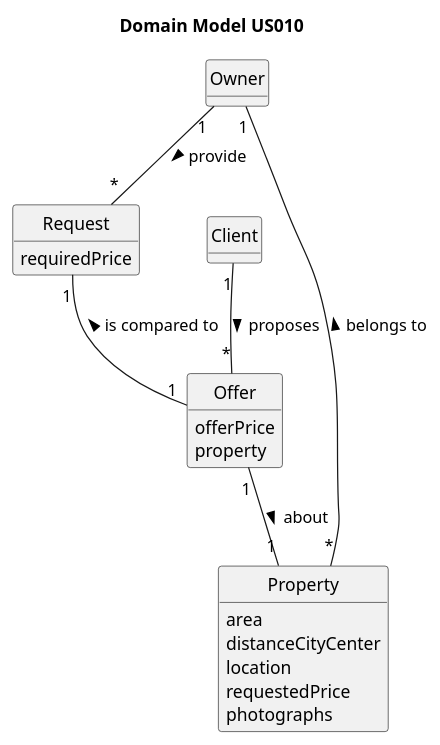
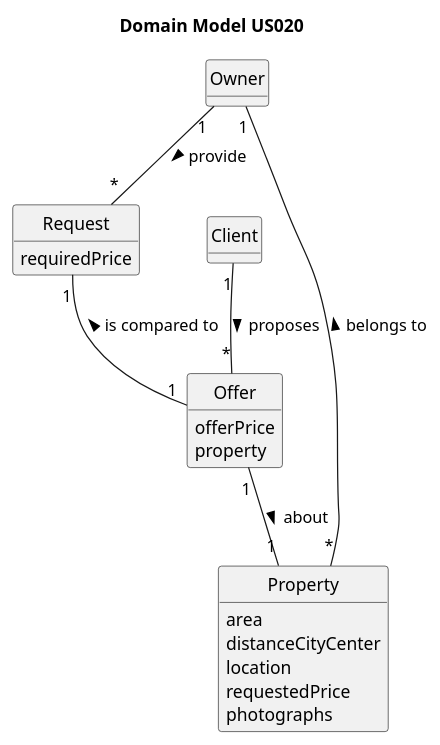
Before and after one commit to 1220812/LAPR2: the diagram in docs/sprintD/us020/02.analysis/puml/us020-domain-model.puml, drawn with PlantUML. The commit also changed 11 other files, not shown here.

```diff
--- a/docs/sprintD/us020/02.analysis/puml/us020-domain-model.puml
+++ b/docs/sprintD/us020/02.analysis/puml/us020-domain-model.puml
@@ -1,40 +1,40 @@
 @startuml
 skinparam monochrome true
 skinparam packageStyle rectangle
 skinparam shadowing false
 
 'left to right direction
 
 skinparam classAttributeIconSize 0
 
 hide circle
 hide methods
 
-title Domain Model US010
+title Domain Model US020
 
 class Property {
     area
     distanceCityCenter
     location
     requestedPrice
     photographs
 }
 
 class Request {
     requiredPrice
 }
 
 class Offer {
     offerPrice
     property
 }
 
 
 Owner "1" -- "*" Property : belongs to <
 Owner "1" -- "*" Request : provide >
 
 Offer "1" -- "1" Property : about >
 Client "1" -- "*" Offer : proposes >
 
 Offer "1" -up- "1" Request : is compared to >
 @enduml
```
